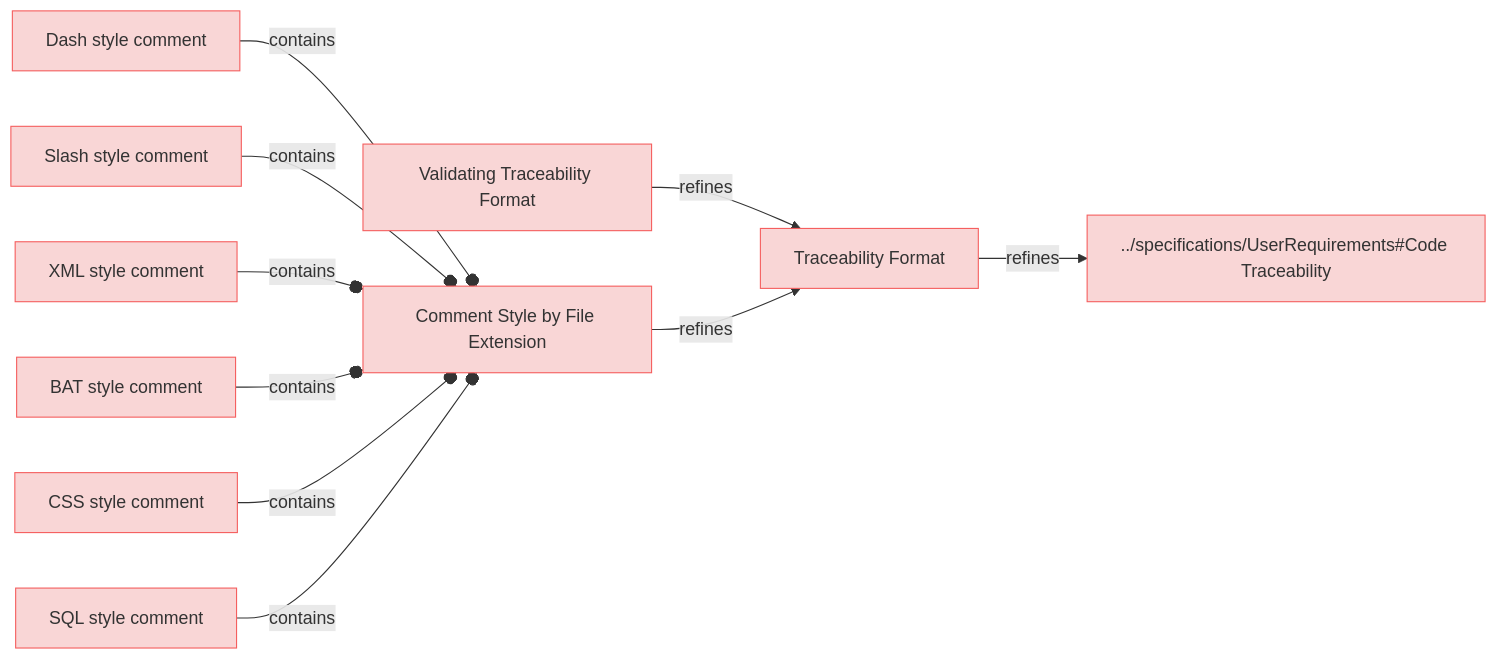
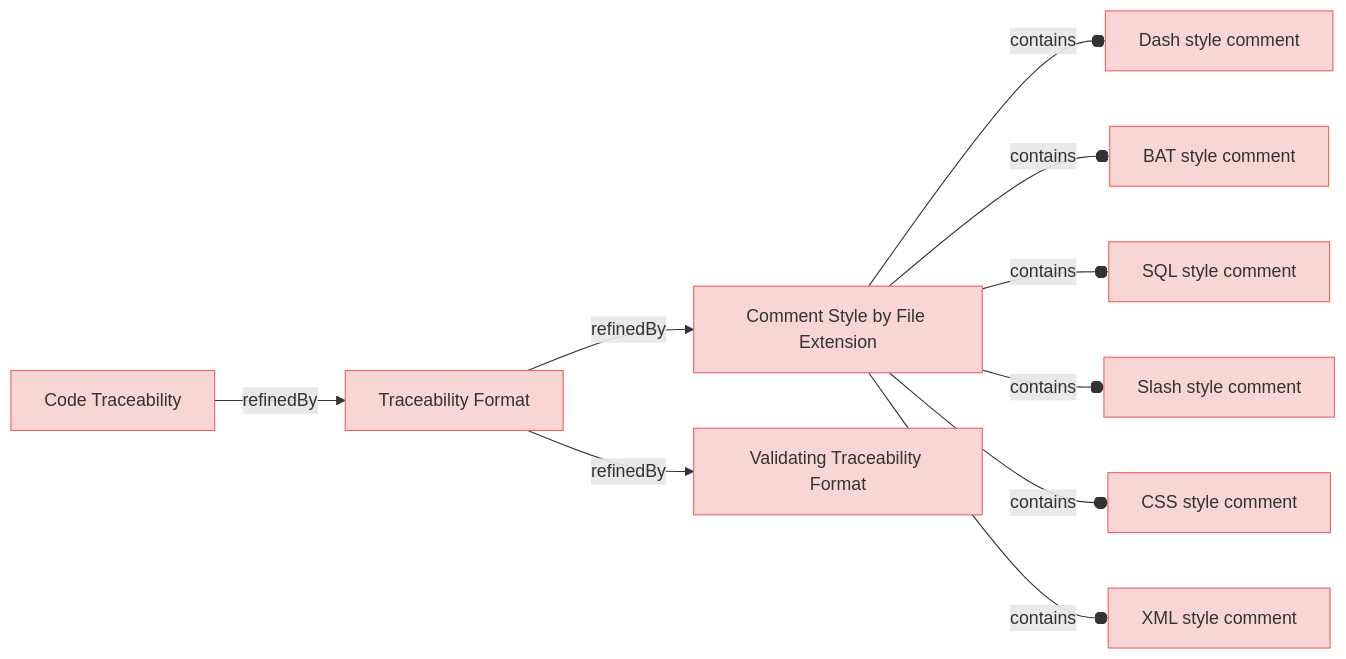
Before and after one commit to reqvire-org/reqvire: the diagram in specifications/CodeTraecabilityRequirements.md, drawn with Mermaid. The commit also changed 27 other files, not shown here.

Commit message:
Diagrams update.X

````diff
--- a/specifications/CodeTraecabilityRequirements.md
+++ b/specifications/CodeTraecabilityRequirements.md
@@ -4,48 +4,48 @@
 ```mermaid
 graph LR;
   %% Graph styling
   classDef requirement fill:#f9d6d6,stroke:#f55f5f,stroke-width:1px;
   classDef verification fill:#d6f9d6,stroke:#5fd75f,stroke-width:1px;
   classDef externalLink fill:#d0e0ff,stroke:#3080ff,stroke-width:1px;
   classDef default fill:#f5f5f5,stroke:#333333,stroke-width:1px;
 
+  be41c3d9e39abe6f["Dash style comment"];
+  class be41c3d9e39abe6f requirement;
+  click be41c3d9e39abe6f "CodeTraecabilityRequirements.md#dash-style-comment";
+  9314736a59776478["Traceability Format"];
+  class 9314736a59776478 requirement;
+  click 9314736a59776478 "CodeTraecabilityRequirements.md#traceability-format";
+  f4c09ad7359812ff["Comment Style by File Extension"];
+  class f4c09ad7359812ff requirement;
+  click f4c09ad7359812ff "CodeTraecabilityRequirements.md#comment-style-by-file-extension";
+  9314736a59776478 -->|refinedBy| f4c09ad7359812ff;
   3db41d3530e56596["Validating Traceability Format"];
   class 3db41d3530e56596 requirement;
   click 3db41d3530e56596 "CodeTraecabilityRequirements.md#validating-traceability-format";
-  9314736a59776478["Traceability Format"];
-  class 9314736a59776478 requirement;
-  click 9314736a59776478 "CodeTraecabilityRequirements.md#traceability-format";
-  3db41d3530e56596 -->|refines| 9314736a59776478;
-  be41c3d9e39abe6f["Dash style comment"];
-  class be41c3d9e39abe6f requirement;
-  click be41c3d9e39abe6f "CodeTraecabilityRequirements.md#dash-style-comment";
-  f4c09ad7359812ff["Comment Style by File Extension"];
-  class f4c09ad7359812ff requirement;
-  click f4c09ad7359812ff "CodeTraecabilityRequirements.md#comment-style-by-file-extension";
-  be41c3d9e39abe6f --o|contains| f4c09ad7359812ff;
-  26ca72b617aff229["../specifications/UserRequirements#Code Traceability"];
-  class 26ca72b617aff229 requirement;
-  click 26ca72b617aff229 "UserRequirements.md#code-traceability";
-  9314736a59776478 -->|refines| 26ca72b617aff229;
+  9314736a59776478 -->|refinedBy| 3db41d3530e56596;
+  f4c09ad7359812ff --o|contains| be41c3d9e39abe6f;
+  7fdde6a23819450b["BAT style comment"];
+  class 7fdde6a23819450b requirement;
+  click 7fdde6a23819450b "CodeTraecabilityRequirements.md#bat-style-comment";
+  f4c09ad7359812ff --o|contains| 7fdde6a23819450b;
+  39fc946195c12956["SQL style comment"];
+  class 39fc946195c12956 requirement;
+  click 39fc946195c12956 "CodeTraecabilityRequirements.md#sql-style-comment";
+  f4c09ad7359812ff --o|contains| 39fc946195c12956;
   99c4cc438042d855["Slash style comment"];
   class 99c4cc438042d855 requirement;
   click 99c4cc438042d855 "CodeTraecabilityRequirements.md#slash-style-comment";
-  99c4cc438042d855 --o|contains| f4c09ad7359812ff;
+  f4c09ad7359812ff --o|contains| 99c4cc438042d855;
+  a91fc474f292f1c9["CSS style comment"];
+  class a91fc474f292f1c9 requirement;
+  click a91fc474f292f1c9 "CodeTraecabilityRequirements.md#css-style-comment";
+  f4c09ad7359812ff --o|contains| a91fc474f292f1c9;
   474c97b7d0029622["XML style comment"];
   class 474c97b7d0029622 requirement;
   click 474c97b7d0029622 "CodeTraecabilityRequirements.md#xml-style-comment";
-  474c97b7d0029622 --o|contains| f4c09ad7359812ff;
-  7fdde6a23819450b["BAT style comment"];
-  class 7fdde6a23819450b requirement;
-  click 7fdde6a23819450b "CodeTraecabilityRequirements.md#bat-style-comment";
-  7fdde6a23819450b --o|contains| f4c09ad7359812ff;
-  f4c09ad7359812ff -->|refines| 9314736a59776478;
-  a91fc474f292f1c9["CSS style comment"];
-  class a91fc474f292f1c9 requirement;
-  click a91fc474f292f1c9 "CodeTraecabilityRequirements.md#css-style-comment";
-  a91fc474f292f1c9 --o|contains| f4c09ad7359812ff;
-  39fc946195c12956["SQL style comment"];
-  class 39fc946195c12956 requirement;
-  click 39fc946195c12956 "CodeTraecabilityRequirements.md#sql-style-comment";
-  39fc946195c12956 --o|contains| f4c09ad7359812ff;
+  f4c09ad7359812ff --o|contains| 474c97b7d0029622;
+  26ca72b617aff229["Code Traceability"];
+  class 26ca72b617aff229 requirement;
+  click 26ca72b617aff229 "UserRequirements.md#code-traceability";
+  26ca72b617aff229 -->|refinedBy| 9314736a59776478;
 ```
````
